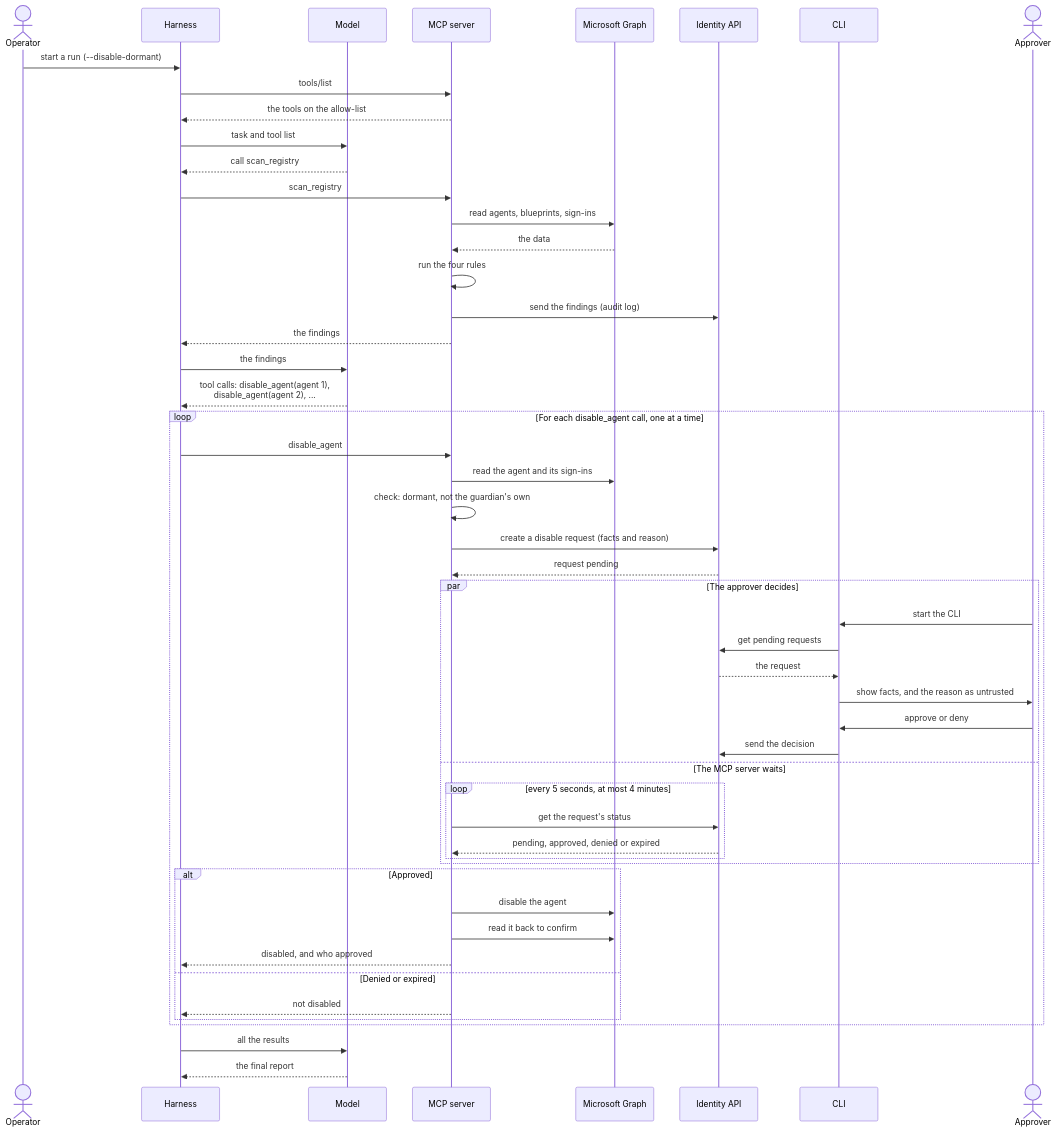
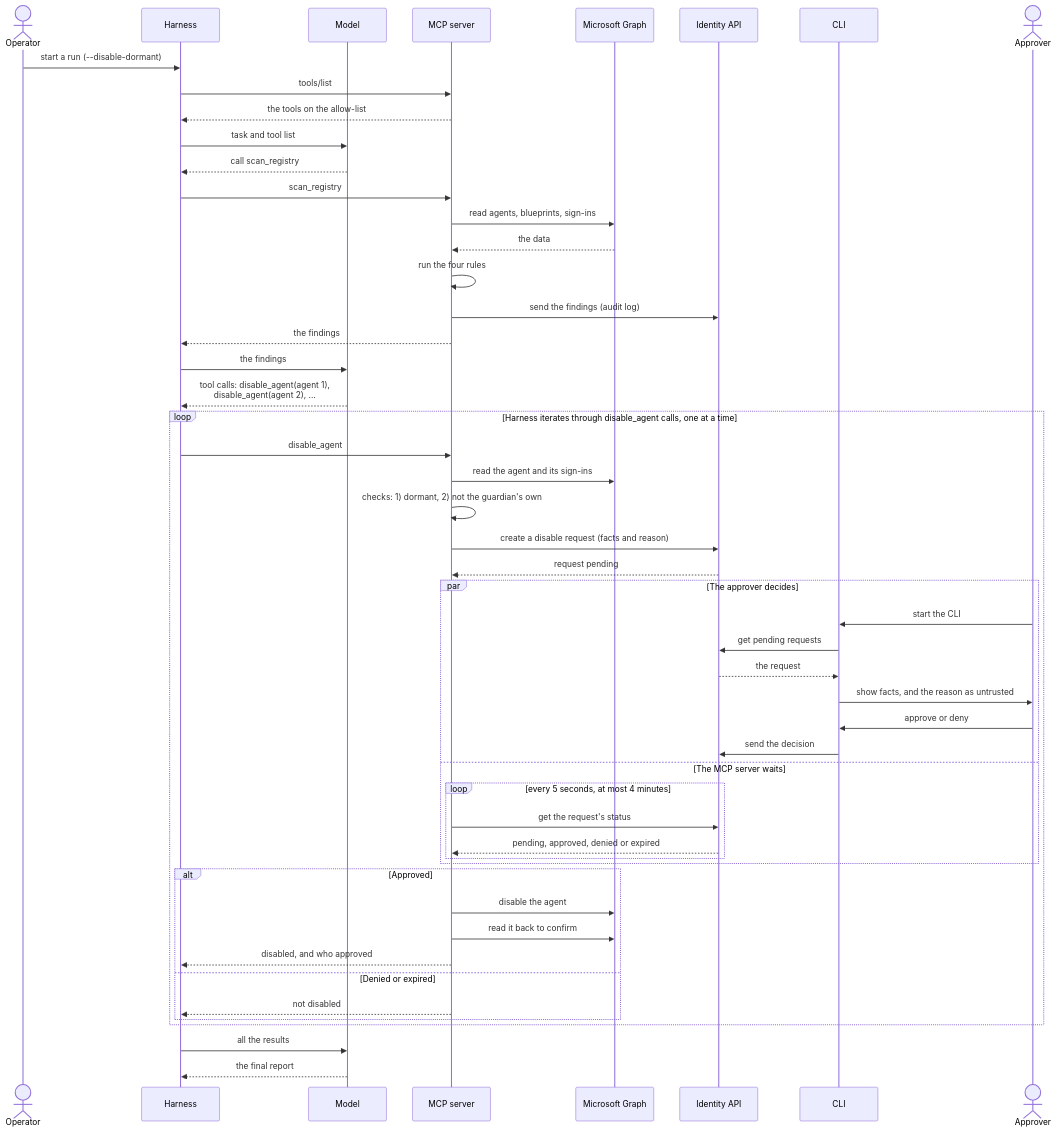
Before and after one commit to alireza-mpr/agent-steward: the second of 4 diagrams in docs/agent-steward-architecture.md, drawn with Mermaid. The commit also changed other lines of this file and 20 other files, not shown here.

Commit message:
docs: call the approver's client the CLI, not the approve command

````diff
--- a/docs/agent-steward-architecture.md
+++ b/docs/agent-steward-architecture.md
@@ -75,59 +75,59 @@
 ```mermaid
 sequenceDiagram
     actor O as Operator
     participant H as Harness
     participant L as Model
     participant M as MCP server
     participant G as Microsoft Graph
     participant A as Identity API
     participant C as CLI
     actor P as Approver
 
     O->>H: start a run (--disable-dormant)
     H->>M: tools/list
     M-->>H: the tools on the allow-list
     H->>L: task and tool list
     L-->>H: call scan_registry
     H->>M: scan_registry
     M->>G: read agents, blueprints, sign-ins
     G-->>M: the data
     M->>M: run the four rules
     M->>A: send the findings (audit log)
     M-->>H: the findings
     H->>L: the findings
 
     L-->>H: tool calls: disable_agent(agent 1),<br/>disable_agent(agent 2), ...
 
-    loop For each disable_agent call, one at a time
+    loop Harness iterates through disable_agent calls, one at a time
         H->>M: disable_agent
         M->>G: read the agent and its sign-ins
-        M->>M: check: dormant, not the guardian's own
+        M->>M: checks: 1) dormant, 2) not the guardian's own
         M->>A: create a disable request (facts and reason)
         A-->>M: request pending
 
         par The approver decides
             P->>C: start the CLI
             C->>A: get pending requests
             A-->>C: the request
             C->>P: show facts, and the reason as untrusted
             P->>C: approve or deny
             C->>A: send the decision
         and The MCP server waits
             loop every 5 seconds, at most 4 minutes
                 M->>A: get the request's status
                 A-->>M: pending, approved, denied or expired
             end
         end
 
         alt Approved
             M->>G: disable the agent
             M->>G: read it back to confirm
             M-->>H: disabled, and who approved
         else Denied or expired
             M-->>H: not disabled
         end
     end
 
     H->>L: all the results
     L-->>H: the final report
 ```
````
